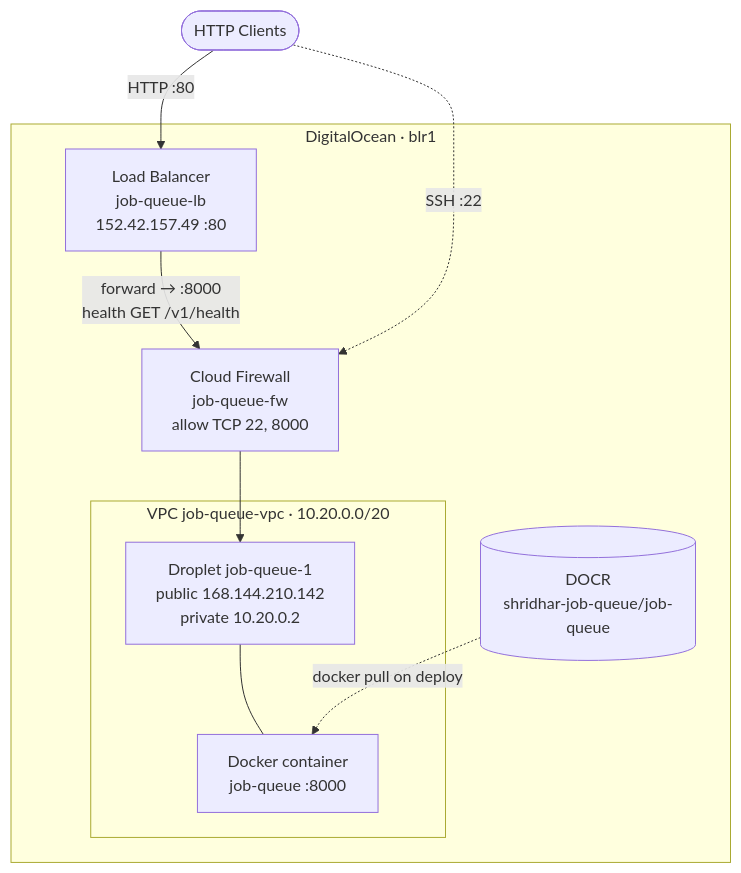
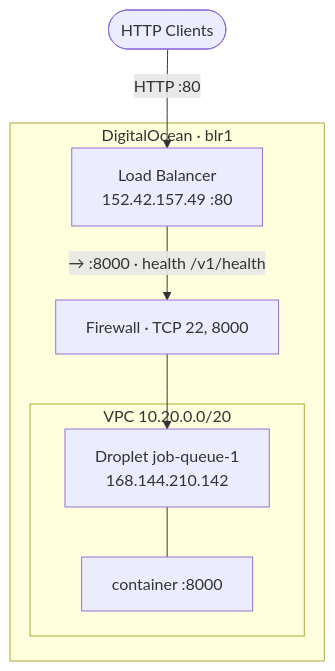
Before and after one commit to shanbhag1993/shridhar-do-interview: the first of 3 diagrams in docs/demo.md, drawn with Mermaid. The commit also changed other lines of this file and 3 other files, not shown here.

````diff
--- a/docs/demo.md
+++ b/docs/demo.md
@@ -27,23 +7,18 @@
 ```mermaid
 flowchart TB
     Clients(["HTTP Clients"])
 
     subgraph DO ["DigitalOcean · blr1"]
-        LB["Load Balancer<br/>job-queue-lb<br/>152.42.157.49 :80"]
-        FW["Cloud Firewall<br/>job-queue-fw<br/>allow TCP 22, 8000"]
+        LB["Load Balancer<br/>152.42.157.49 :80"]
+        FW["Firewall · TCP 22, 8000"]
 
-        subgraph VPC ["VPC job-queue-vpc · 10.20.0.0/20"]
-            Droplet["Droplet job-queue-1<br/>public 168.144.210.142<br/>private 10.20.0.2"]
-            Container["Docker container<br/>job-queue :8000"]
+        subgraph VPC ["VPC 10.20.0.0/20"]
+            Droplet["Droplet job-queue-1<br/>168.144.210.142"]
+            Container["container :8000"]
             Droplet --- Container
         end
-
-        DOCR[("DOCR<br/>shridhar-job-queue/job-queue")]
     end
 
     Clients -->|"HTTP :80"| LB
-    LB -->|"forward → :8000<br/>health GET /v1/health"| FW
-    FW --> Droplet
-    DOCR -.->|"docker pull on deploy"| Container
-    Clients -.->|"SSH :22"| FW
+    LB -->|"→ :8000 · health /v1/health"| FW --> Droplet
 ```
````
